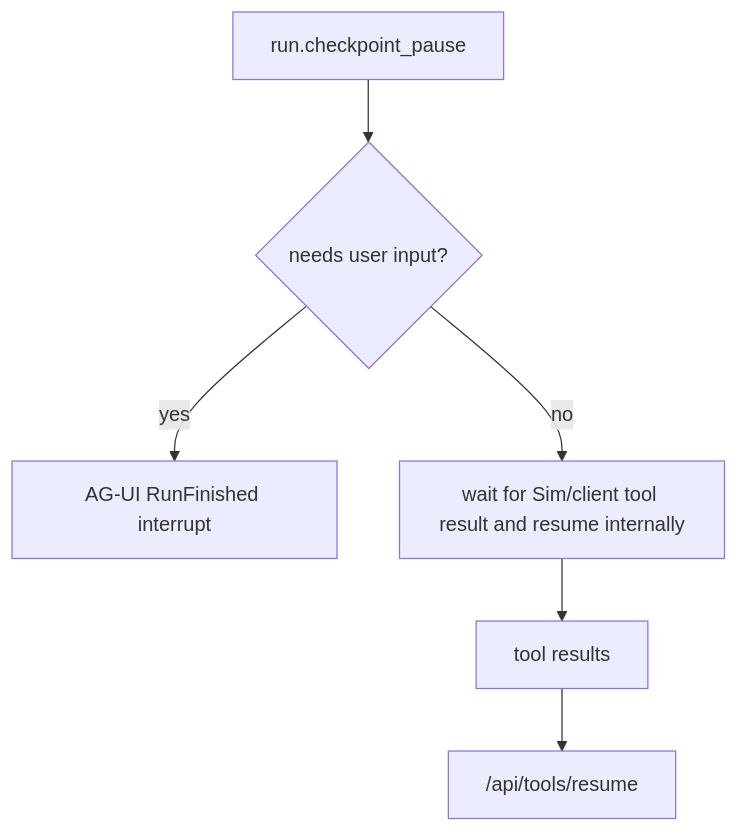
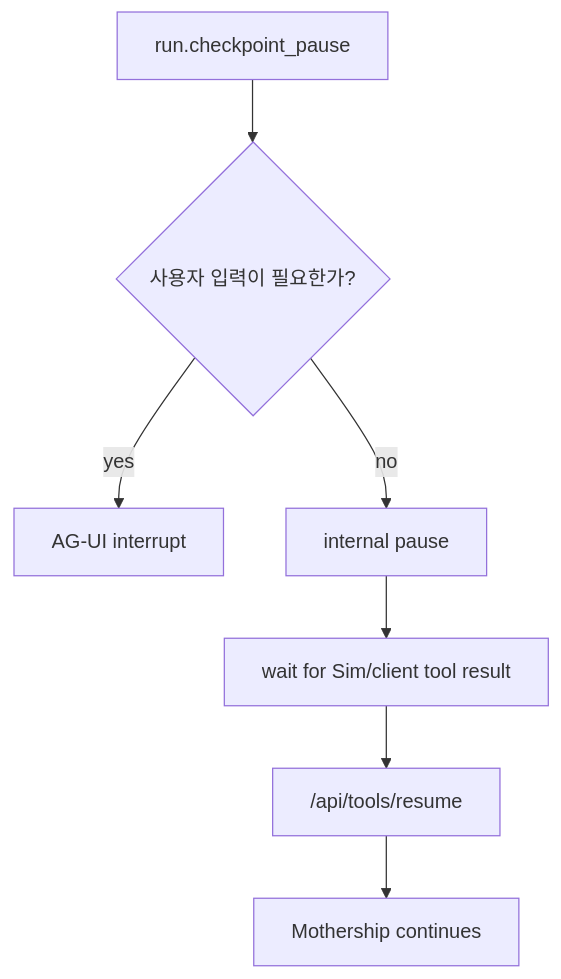
Before and after one commit to nfbs2000/speaky-sim: the second of 2 diagrams in site/docs/mothership-contract/11-agui-event-map.md, drawn with Mermaid. The commit also changed other lines of this file and 5 other files, not shown here.

````diff
--- a/site/docs/mothership-contract/11-agui-event-map.md
+++ b/site/docs/mothership-contract/11-agui-event-map.md
@@ -68,8 +198,9 @@
 ```mermaid
 flowchart TD
-  Pause["run.checkpoint_pause"] --> NeedsUser{"needs user input?"}
-  NeedsUser -->|yes| Interrupt["AG-UI RunFinished interrupt"]
-  NeedsUser -->|no| Internal["wait for Sim/client tool result and resume internally"]
-  Internal --> Result["tool results"]
-  Result --> Resume["/api/tools/resume"]
+  Pause["run.checkpoint_pause"] --> NeedsUser{"사용자 입력이 필요한가?"}
+  NeedsUser -->|yes| Interrupt["AG-UI interrupt"]
+  NeedsUser -->|no| Internal["internal pause"]
+  Internal --> Wait["wait for Sim/client tool result"]
+  Wait --> Resume["/api/tools/resume"]
+  Resume --> Continue["Mothership continues"]
 ```
````
